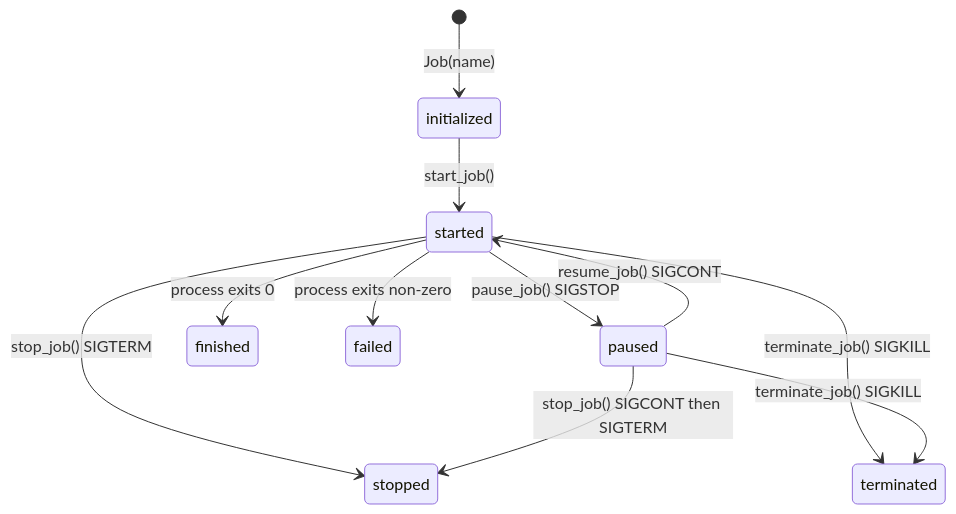
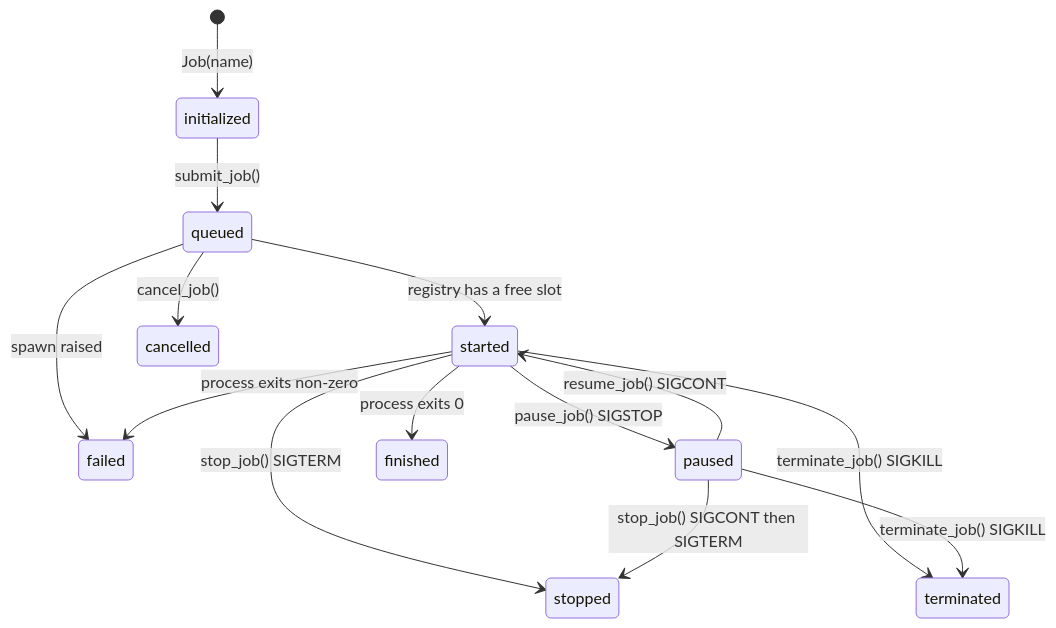
The diagram in README.md (Power-Sh3ll/carpenter), drawn with Mermaid before and after one commit. The commit also changed other lines of this file and 16 other files, not shown here.

Commit message:
Adding in more tests for restructure, Heavily modied job submit vs register

````diff
--- a/README.md
+++ b/README.md
@@ -181,16 +225,19 @@
 ```mermaid
 stateDiagram-v2
     [*] --> initialized : Job(name)
-    initialized --> started : start_job()
+    initialized --> queued : submit_job()
+    queued --> started : registry has a free slot
+    queued --> cancelled : cancel_job()
+    queued --> failed : spawn raised
 
     started --> paused : pause_job() SIGSTOP
     paused --> started : resume_job() SIGCONT
 
     started --> finished : process exits 0
     started --> failed : process exits non-zero
     started --> stopped : stop_job() SIGTERM
     started --> terminated : terminate_job() SIGKILL
 
     paused --> stopped : stop_job() SIGCONT then SIGTERM
     paused --> terminated : terminate_job() SIGKILL
 ```
````
